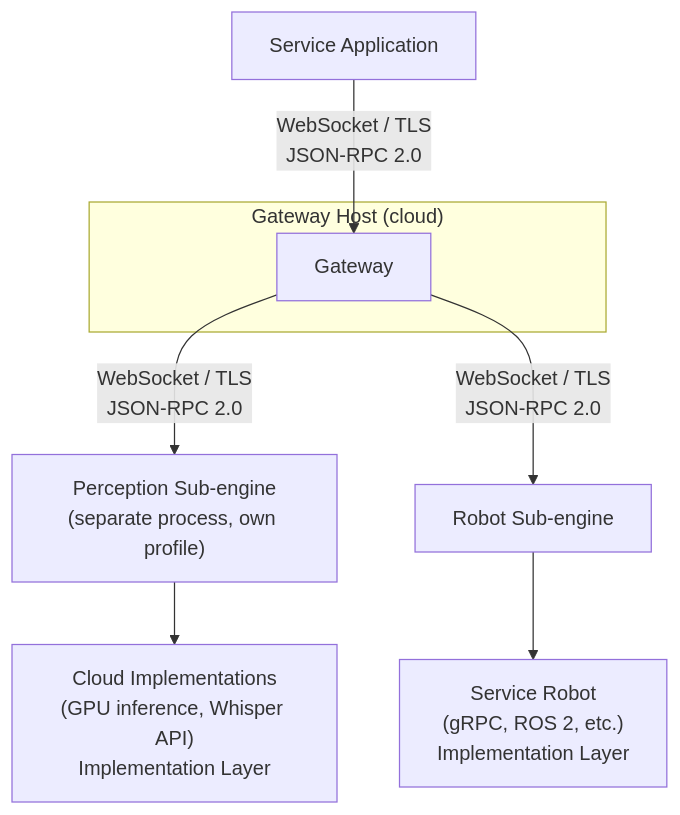
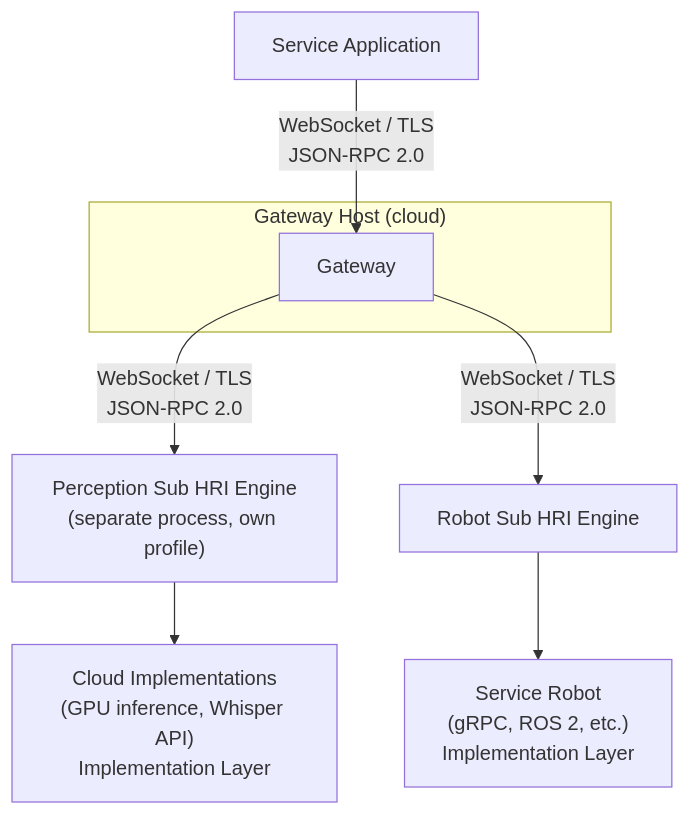
One commit to openrois/openrois changed the fifth of 5 diagrams in docs/architecture.md. Above: the diagram before and after it, drawn with Mermaid. The commit also changed other lines of this file and 43 other files, not shown here.

````diff
--- a/docs/architecture.md
+++ b/docs/architecture.md
@@ -767,15 +769,15 @@
 ```mermaid
 flowchart TB
     App["Service Application"]
     App -->|"WebSocket / TLS<br/>JSON-RPC 2.0"| GW
 
     subgraph Cloud["Gateway Host (cloud)"]
         GW["Gateway"]
     end
 
-    GW -->|"WebSocket / TLS<br/>JSON-RPC 2.0"| PerceptionSubEngine["Perception Sub-engine<br/>(separate process, own profile)"]
+    GW -->|"WebSocket / TLS<br/>JSON-RPC 2.0"| PerceptionSubEngine["Perception Sub HRI Engine<br/>(separate process, own profile)"]
     PerceptionSubEngine --> CloudImpl["Cloud Implementations<br/>(GPU inference, Whisper API)<br/>Implementation Layer"]
 
-    GW -->|"WebSocket / TLS<br/>JSON-RPC 2.0"| RobotSubEngine["Robot Sub-engine"]
+    GW -->|"WebSocket / TLS<br/>JSON-RPC 2.0"| RobotSubEngine["Robot Sub HRI Engine"]
     RobotSubEngine --> Robot["Service Robot<br/>(gRPC, ROS 2, etc.)<br/>Implementation Layer"]
 ```
````
